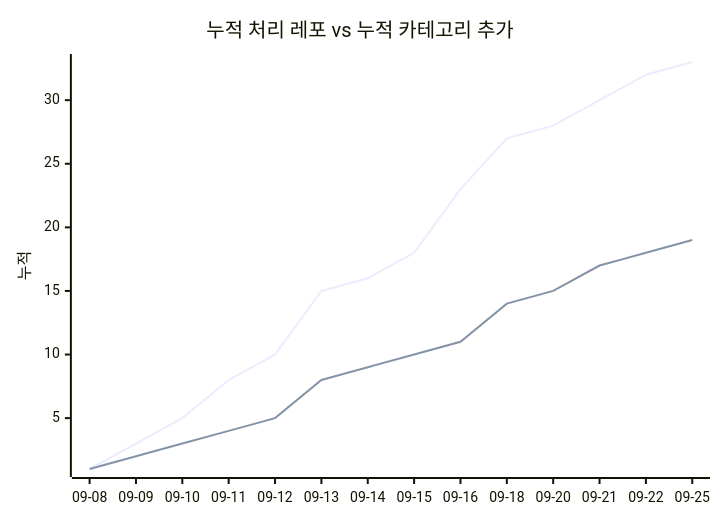
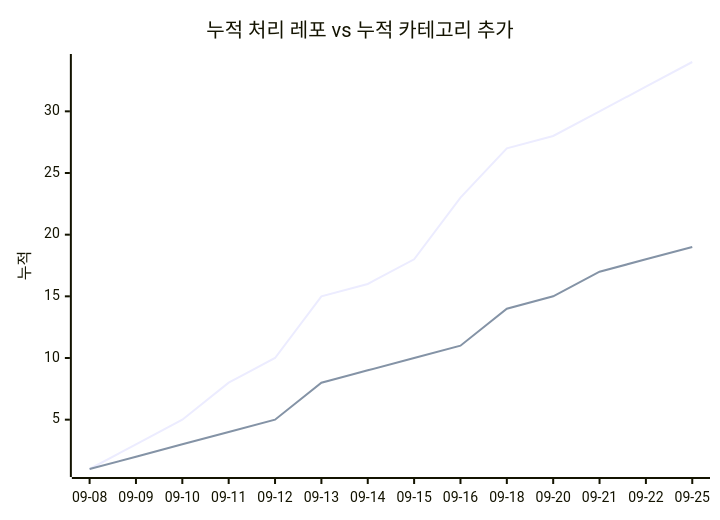
Before and after one commit to J-nowcow/awesome-korean-agent-skills: the second of 2 diagrams in docs/trends.md, drawn with Mermaid. The commit also changed other lines of this file and 2 other files, not shown here.

````diff
--- a/docs/trends.md
+++ b/docs/trends.md
@@ -68,8 +68,8 @@
 ```mermaid
 xychart-beta
     title "누적 처리 레포 vs 누적 카테고리 추가"
     x-axis ["09-08","09-09","09-10","09-11","09-12","09-13","09-14","09-15","09-16","09-18","09-20","09-21","09-22","09-25"]
     y-axis "누적"
-    line [1,3,5,8,10,15,16,18,23,27,28,30,32,33]
+    line [1,3,5,8,10,15,16,18,23,27,28,30,32,34]
     line [1,2,3,4,5,8,9,10,11,14,15,17,18,19]
 ```
````
